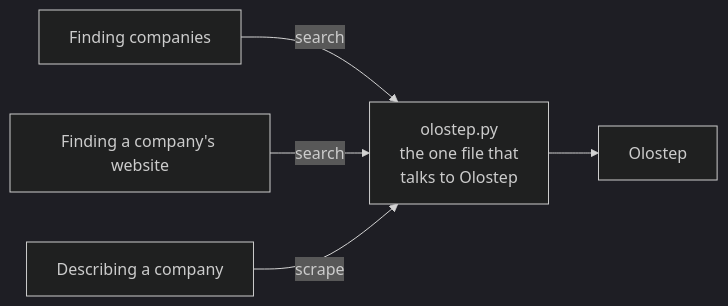
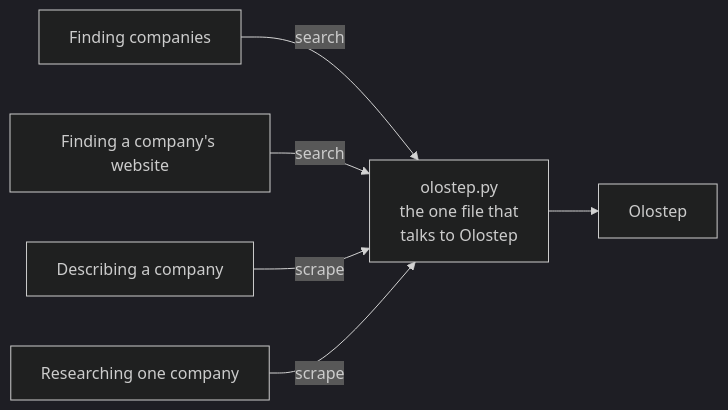
The third of 3 diagrams in README.md (alishair7071/inroad-lite), drawn with Mermaid (dark theme) before and after one commit. The commit also changed other lines of this file and 22 other files, not shown here.

Commit message:
added single company research

````diff
--- a/README.md
+++ b/README.md
@@ -113,13 +156,15 @@
 ```mermaid
 flowchart LR
     find["Finding companies"]
     site["Finding a company's website"]
     read["Describing a company"]
+    research["Researching one company"]
     client["olostep.py<br/>the one file that<br/>talks to Olostep"]
     olostep["Olostep"]
 
     find -- "search" --> client
     site -- "search" --> client
     read -- "scrape" --> client
+    research -- "scrape" --> client
     client --> olostep
 ```
````
